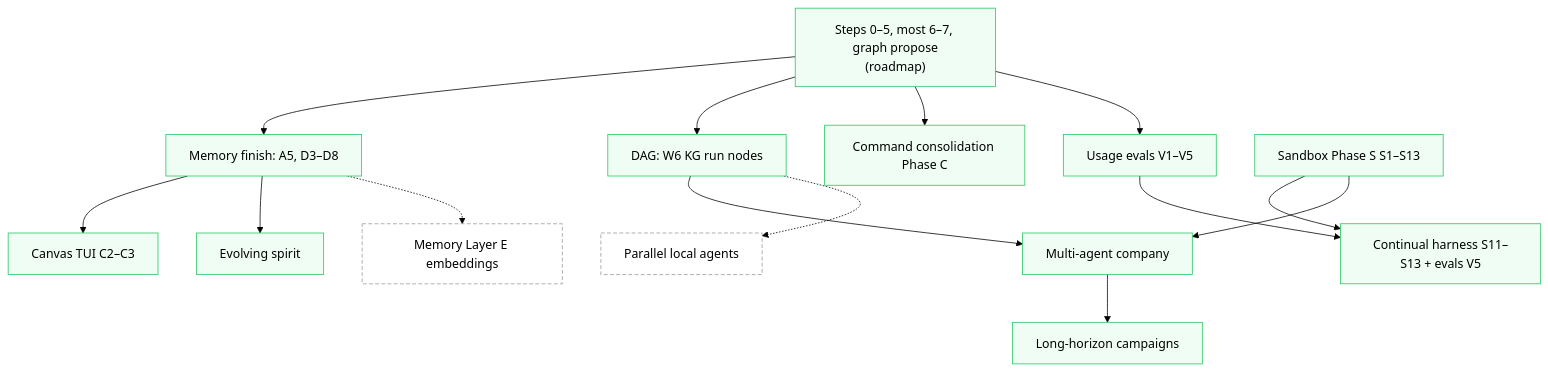
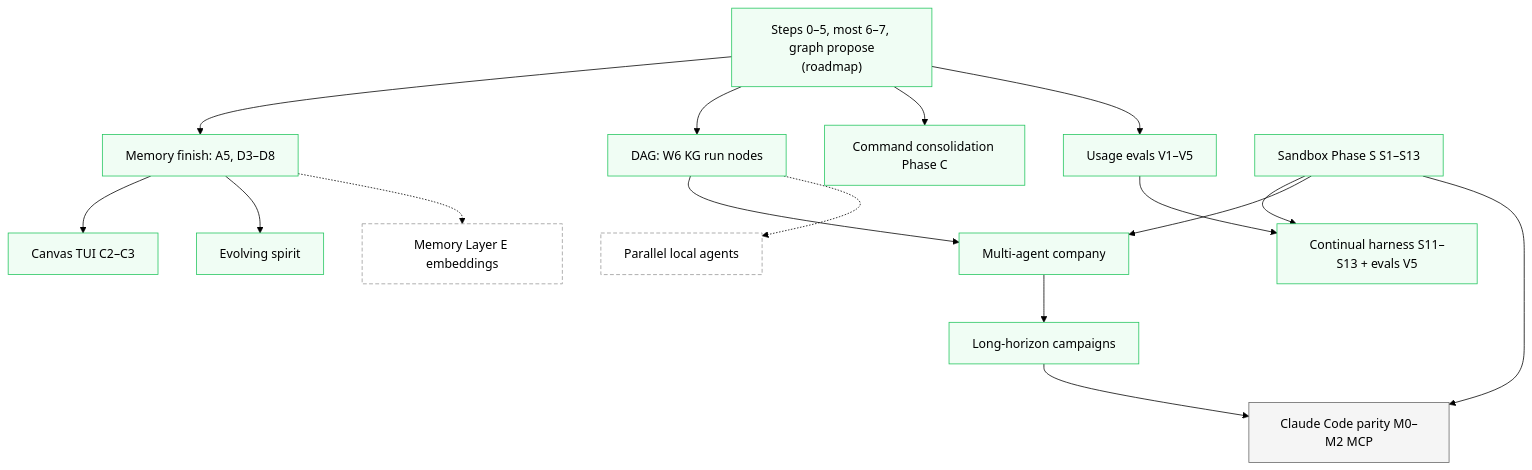
The diagram in lmloop/docs/IMPLEMENTATION_PLAN.md (XD-Builder/environment-setup), drawn with Mermaid (forest theme) before and after one commit. The commit also changed other lines of this file and 2 other files, not shown here.

Commit message:
docs: design Claude Code parity with MCP and harness features (#63)

````diff
--- a/lmloop/docs/IMPLEMENTATION_PLAN.md
+++ b/lmloop/docs/IMPLEMENTATION_PLAN.md
@@ -49,37 +50,40 @@
 ```mermaid
 flowchart TD
   classDef done fill:#f0fdf4,stroke:#22c55e
   classDef wave1 fill:#eef6ff,stroke:#3b82f6
   classDef wave2 fill:#fef9c3,stroke:#ca8a04
   classDef wave3 fill:#fce7f3,stroke:#db2777
   classDef wave4 fill:#f5f5f5,stroke:#666
   classDef defer fill:#fff,stroke:#999,stroke-dasharray:5 3
 
   shipped["Steps 0–5, most 6–7, graph propose<br/>(roadmap)"]:::done
   mem["Memory finish: A5, D3–D8"]:::done
   dag["DAG: W6 KG run nodes"]:::done
   cmd["Command consolidation Phase C"]:::done
   evals["Usage evals V1–V5"]:::done
   sandbox["Sandbox Phase S S1–S13"]:::done
   canvas["Canvas TUI C2–C3"]:::done
   cont["Continual harness S11–S13 + evals V5"]:::done
   company["Multi-agent company"]:::done
   spirit["Evolving spirit"]:::done
   horizon["Long-horizon campaigns"]:::done
+  mcp["Claude Code parity M0–M2 MCP"]:::wave4
   emb["Memory Layer E embeddings"]:::defer
   par["Parallel local agents"]:::defer
 
   shipped --> mem
   shipped --> dag
   shipped --> cmd
   shipped --> evals
   mem --> canvas
   evals --> cont
   sandbox --> cont
   sandbox --> company
   dag --> company
   mem --> spirit
   company --> horizon
+  horizon --> mcp
+  sandbox --> mcp
   mem -.-> emb
   dag -.-> par
 ```
````
